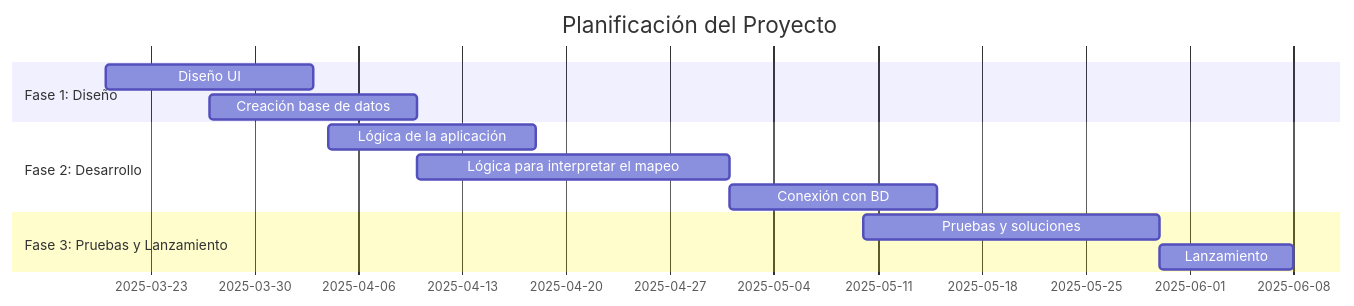
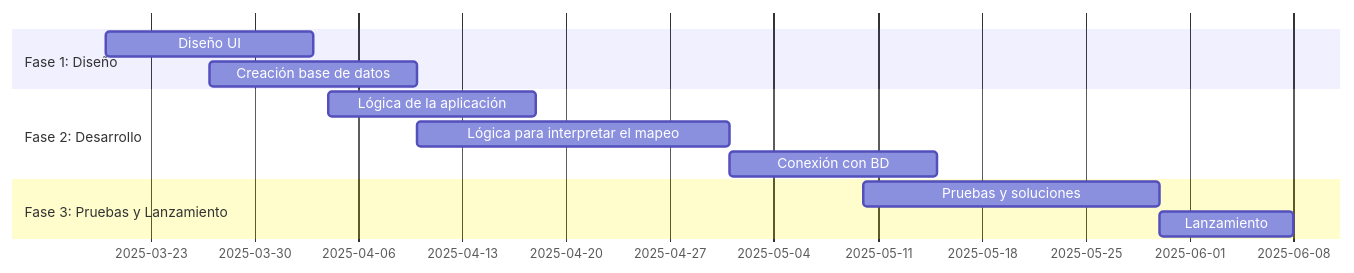
The first of 8 diagrams in README.md (MartaGDC/UD6_DesarrolloInterfaces), drawn with Mermaid before and after one commit. The commit also changed other lines of this file, not shown here.

````diff
--- a/README.md
+++ b/README.md
@@ -54,15 +351,14 @@
 ```mermaid
 gantt
-    title Planificación del Proyecto
     dateFormat  DD-MM-YYYY
     section Fase 1: Diseño
       Diseño UI : ui, 2025-03-20, 14d
       Creación base de datos : bbdd, 2025-03-27, 14d
     section Fase 2: Desarrollo
       Lógica de la aplicación : logic, 2025-04-04, 14d
       Lógica para interpretar el mapeo: map, 2025-04-10, 21d
       Conexión con BD: conbd, 2025-05-01, 14d
     section Fase 3: Pruebas y Lanzamiento
       Pruebas y soluciones: test, 2025-05-10, 20d
       Lanzamiento : deploy, 2025-05-30, 9d
 ```
````
